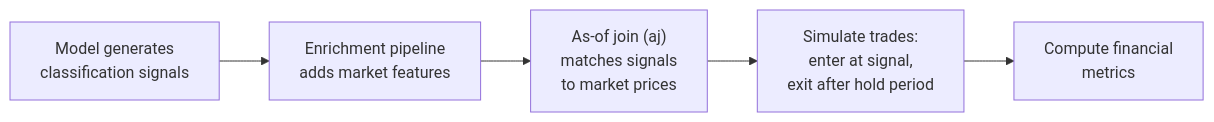
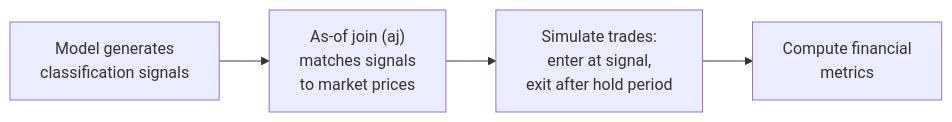
Before and after one commit to KxSystems/nvidia-kx-samples: the first of 2 diagrams in ai-model-distillation-for-financial-data/docs/financial-backtesting.md, drawn with Mermaid. The commit also changed other lines of this file and 26 other files, not shown here.

````diff
--- a/ai-model-distillation-for-financial-data/docs/financial-backtesting.md
+++ b/ai-model-distillation-for-financial-data/docs/financial-backtesting.md
@@ -26,7 +43,6 @@
 ```mermaid
 flowchart LR
-    A[Model generates<br/>classification signals] --> B[Enrichment pipeline<br/>adds market features]
-    B --> C["As-of join (aj)<br/>matches signals<br/>to market prices"]
-    C --> D[Simulate trades:<br/>enter at signal,<br/>exit after hold period]
-    D --> E[Compute financial<br/>metrics]
+    A[Model generates<br/>classification signals] --> B["As-of join (aj)<br/>matches signals<br/>to market prices"]
+    B --> C[Simulate trades:<br/>enter at signal,<br/>exit after hold period]
+    C --> D[Compute financial<br/>metrics]
 ```
````
